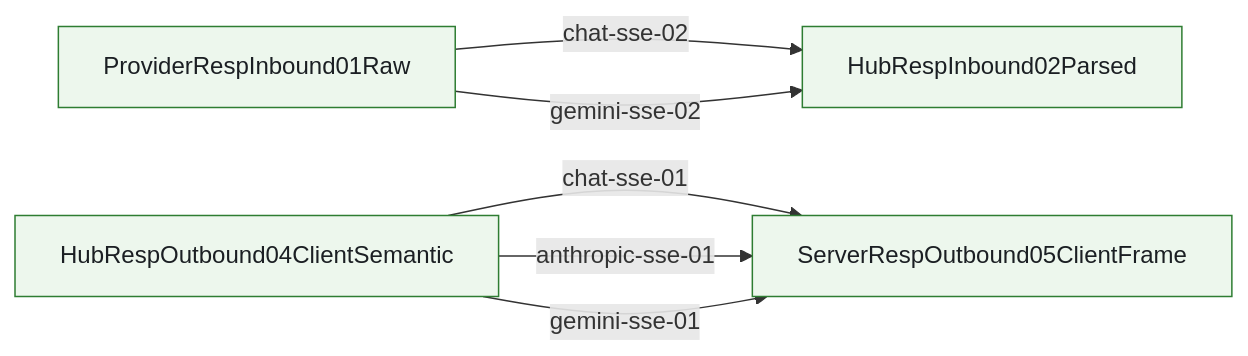
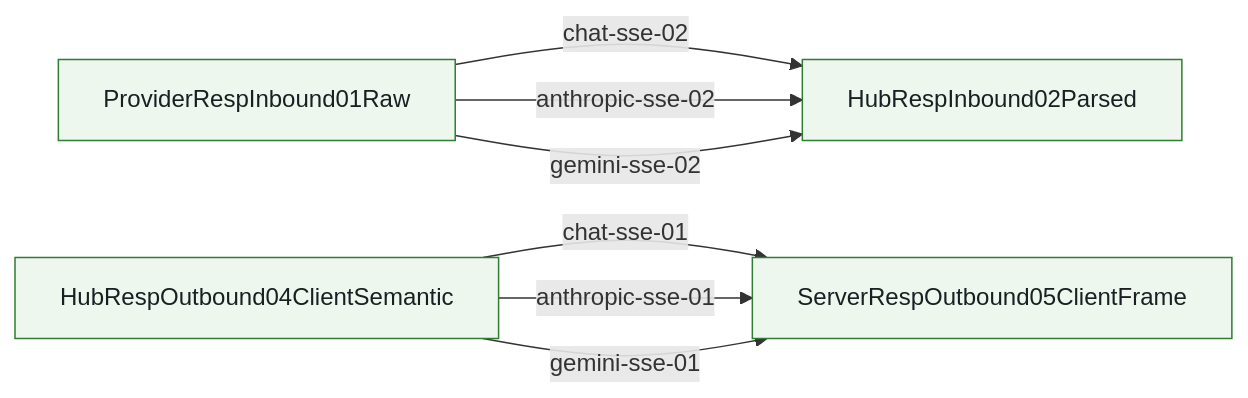
Before and after one commit to Jasonzhangf/routecodex: diagram 13 of 13 in docs/architecture/wiki/mainline-call-graph.md, drawn with Mermaid. The commit also changed other lines of this file and 12 other files, not shown here.

Commit message:
refactor(sse): close anthropic phase 1

````diff
--- a/docs/architecture/wiki/mainline-call-graph.md
+++ b/docs/architecture/wiki/mainline-call-graph.md
@@ -528,19 +528,20 @@
 ```mermaid
 flowchart LR
   HubRespInbound02Parsed["HubRespInbound02Parsed"]
   ProviderRespInbound01Raw["ProviderRespInbound01Raw"]
   ServerRespOutbound05ClientFrame["ServerRespOutbound05ClientFrame"]
   HubRespOutbound04ClientSemantic["HubRespOutbound04ClientSemantic"]
   HubRespOutbound04ClientSemantic -->|chat-sse-01| ServerRespOutbound05ClientFrame
   ProviderRespInbound01Raw -->|chat-sse-02| HubRespInbound02Parsed
   HubRespOutbound04ClientSemantic -->|anthropic-sse-01| ServerRespOutbound05ClientFrame
+  ProviderRespInbound01Raw -->|anthropic-sse-02| HubRespInbound02Parsed
   HubRespOutbound04ClientSemantic -->|gemini-sse-01| ServerRespOutbound05ClientFrame
   ProviderRespInbound01Raw -->|gemini-sse-02| HubRespInbound02Parsed
   classDef anchored fill:#edf7ed,stroke:#2e7d32,stroke-width:1px,color:#1b1f23;
   classDef partial fill:#fff7e6,stroke:#b26a00,stroke-width:1px,color:#1b1f23;
   classDef pending fill:#f4f4f5,stroke:#6b7280,stroke-width:1px,stroke-dasharray: 5 5,color:#1b1f23;
   class HubRespOutbound04ClientSemantic anchored;
   class ServerRespOutbound05ClientFrame anchored;
   class ProviderRespInbound01Raw anchored;
   class HubRespInbound02Parsed anchored;
 ```
````
